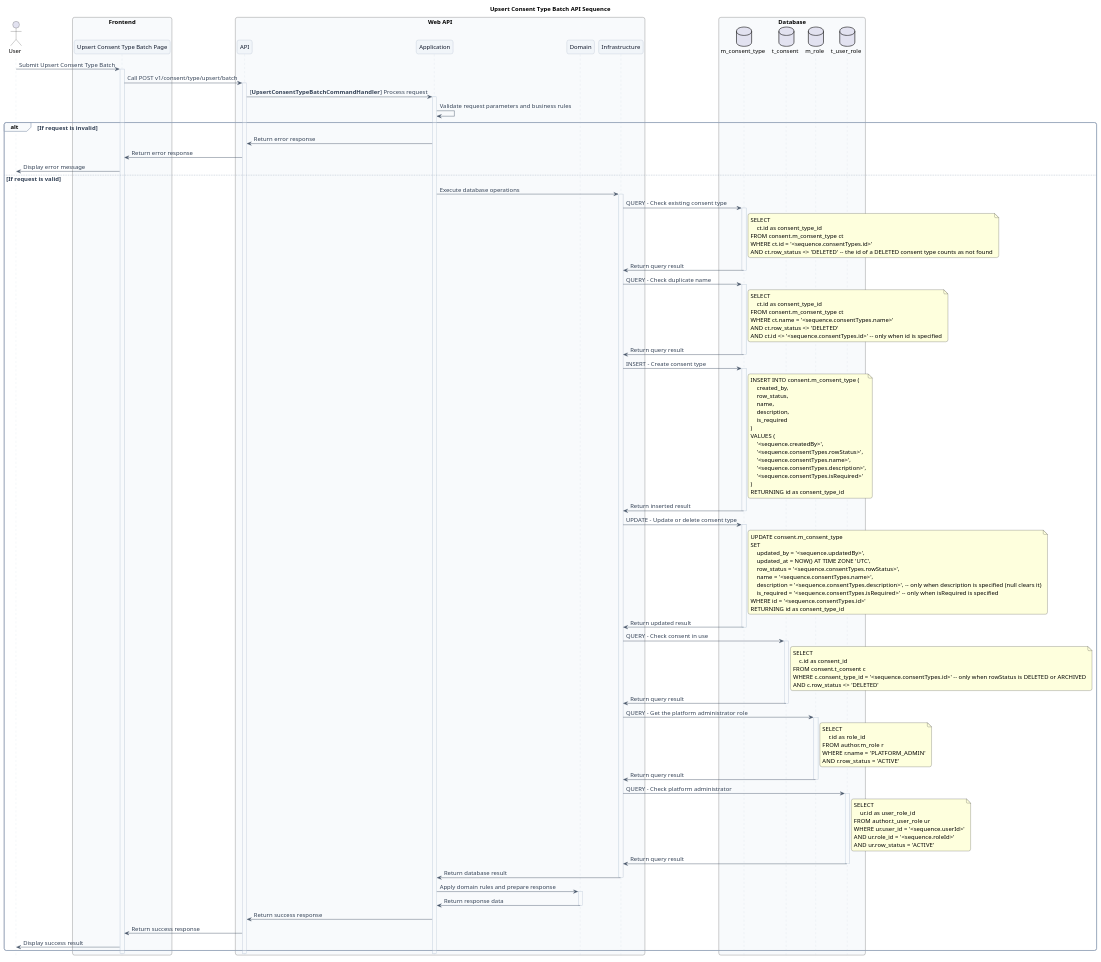
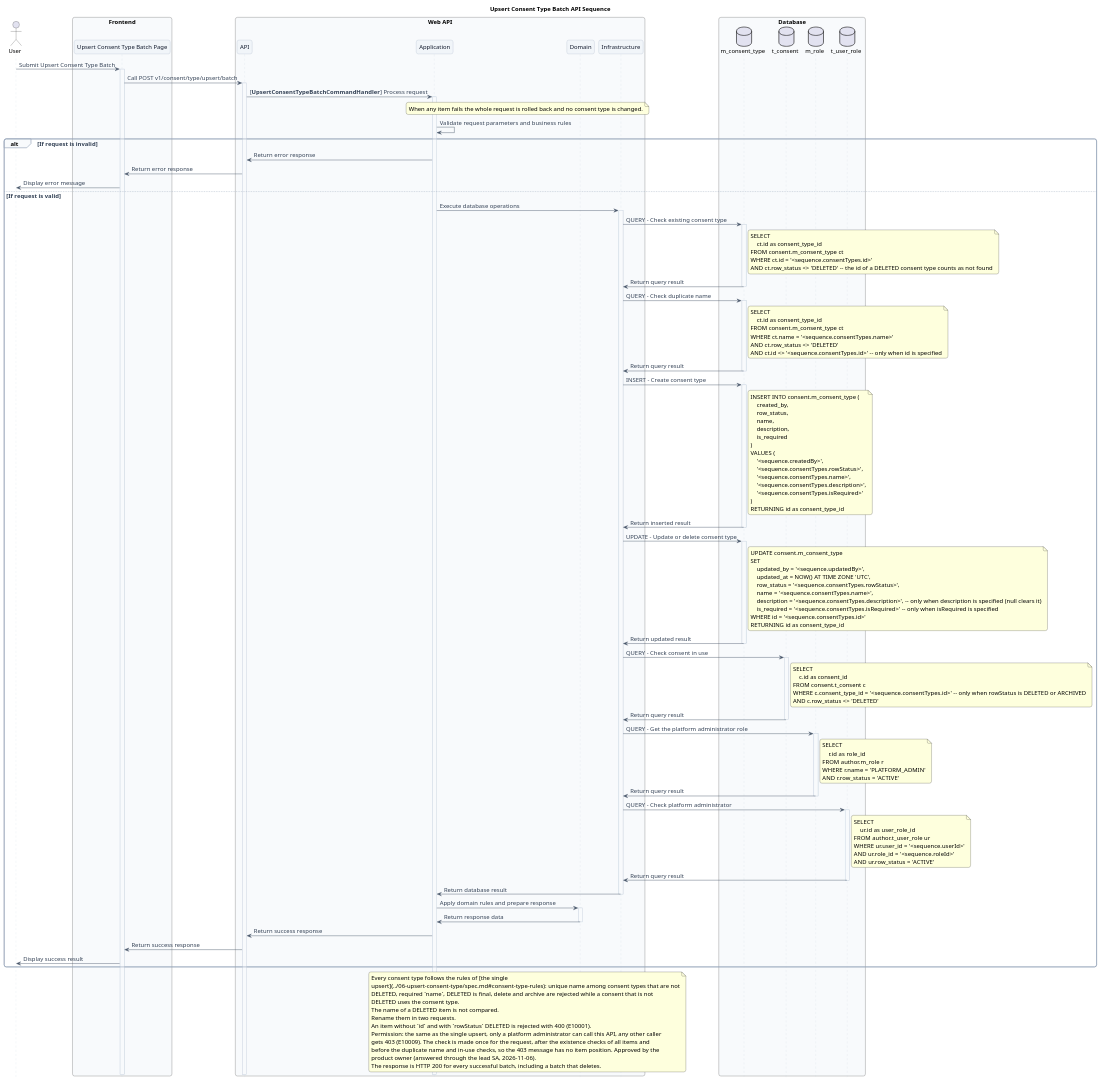
Before and after one commit to ittikornsopawan/system-analysis-and-design: the diagram in e-commerce/doc/api/consent/07-upsert-consent-type-batch/sequence.wsd, drawn with PlantUML. The commit also changed 13 other files, not shown here.

First line of the commit message:
docs(consent): align the consent specs to the API template

```diff
--- a/e-commerce/doc/api/consent/07-upsert-consent-type-batch/sequence.wsd
+++ b/e-commerce/doc/api/consent/07-upsert-consent-type-batch/sequence.wsd
@@ -1,180 +1,197 @@
 @startuml UpsertConsentTypeBatch Sequence
 
 title Upsert Consent Type Batch API Sequence
 
 ' Visual style
 skinparam defaultFontName "Sarabun"
 skinparam defaultFontSize 14
 skinparam backgroundColor #FFFFFF
 skinparam shadowing false
 skinparam roundcorner 10
 skinparam sequence {
     ArrowColor #475569
     ArrowFontColor #334155
     LifeLineBorderColor #CBD5E1
     LifeLineBackgroundColor #F8FAFC
     ParticipantBorderColor #94A3B8
     ParticipantBackgroundColor #F1F5F9
     ParticipantFontColor #0F172A
     GroupBorderColor #94A3B8
     GroupBackgroundColor #F8FAFC
     GroupFontColor #334155
 }
 
 ' Do not show participant footers at the bottom of the diagram
 hide footbox
 
 
 actor "User" as user
 
 box "Frontend" #F8FAFC
     participant "Upsert Consent Type Batch Page" as page
 end box
 
 box "Web API" #F8FAFC
     participant "API" as api
     participant "Application" as app
     participant "Domain" as domain
     participant "Infrastructure" as infra
 end box
 
 box "Database" #F8FAFC
     database "m_consent_type" as m_consent_type
     database "t_consent" as t_consent
     database "m_role" as m_role
     database "t_user_role" as t_user_role
 end box
 
 user -> page: Submit Upsert Consent Type Batch
 
 activate page
     page -> api: Call POST v1/consent/type/upsert/batch
     activate api
         api -> app: [**UpsertConsentTypeBatchCommandHandler**] Process request
         activate app
+            note over app, infra
+                When any item fails the whole request is rolled back and no consent type is changed.
+            end note
             app -> app: Validate request parameters and business rules
             alt If request is invalid
                 app -> api: Return error response
                 api -> page: Return error response
                 page -> user: Display error message
             else If request is valid
                 app -> infra: Execute database operations
                 activate infra
                     infra -> m_consent_type: QUERY - Check existing consent type
                     activate m_consent_type
                         note right of m_consent_type
                             SELECT
                                 ct.id as consent_type_id
                             FROM consent.m_consent_type ct
                             WHERE ct.id = '<sequence.consentTypes.id>'
                             AND ct.row_status <> 'DELETED' -- the id of a DELETED consent type counts as not found
                         end note
                         m_consent_type -> infra: Return query result
                     deactivate m_consent_type
 
                     infra -> m_consent_type: QUERY - Check duplicate name
                     activate m_consent_type
                         note right of m_consent_type
                             SELECT
                                 ct.id as consent_type_id
                             FROM consent.m_consent_type ct
                             WHERE ct.name = '<sequence.consentTypes.name>'
                             AND ct.row_status <> 'DELETED'
                             AND ct.id <> '<sequence.consentTypes.id>' -- only when id is specified
                         end note
                         m_consent_type -> infra: Return query result
                     deactivate m_consent_type
 
                     infra -> m_consent_type: INSERT - Create consent type
                     activate m_consent_type
                         note right of m_consent_type
                             INSERT INTO consent.m_consent_type (
                                 created_by,
                                 row_status,
                                 name,
                                 description,
                                 is_required
                             )
                             VALUES (
                                 &#39;<sequence.createdBy>',
                                 &#39;<sequence.consentTypes.rowStatus>',
                                 &#39;<sequence.consentTypes.name>',
                                 &#39;<sequence.consentTypes.description>',
                                 &#39;<sequence.consentTypes.isRequired>'
                             )
                             RETURNING id as consent_type_id
                         end note
                         m_consent_type -> infra: Return inserted result
                     deactivate m_consent_type
 
                     infra -> m_consent_type: UPDATE - Update or delete consent type
                     activate m_consent_type
                         note right of m_consent_type
                             UPDATE consent.m_consent_type
                             SET
                                 updated_by = '<sequence.updatedBy>',
                                 updated_at = NOW() AT TIME ZONE 'UTC',
                                 row_status = '<sequence.consentTypes.rowStatus>',
                                 name = '<sequence.consentTypes.name>',
                                 description = '<sequence.consentTypes.description>', -- only when description is specified (null clears it)
                                 is_required = '<sequence.consentTypes.isRequired>' -- only when isRequired is specified
                             WHERE id = '<sequence.consentTypes.id>'
                             RETURNING id as consent_type_id
                         end note
                         m_consent_type -> infra: Return updated result
                     deactivate m_consent_type
 
                     infra -> t_consent: QUERY - Check consent in use
                     activate t_consent
                         note right of t_consent
                             SELECT
                                 c.id as consent_id
                             FROM consent.t_consent c
                             WHERE c.consent_type_id = '<sequence.consentTypes.id>' -- only when rowStatus is DELETED or ARCHIVED
                             AND c.row_status <> 'DELETED'
                         end note
                         t_consent -> infra: Return query result
                     deactivate t_consent
 
                     infra -> m_role: QUERY - Get the platform administrator role
                     activate m_role
                         note right of m_role
                             SELECT
                                 r.id as role_id
                             FROM author.m_role r
                             WHERE r.name = 'PLATFORM_ADMIN'
                             AND r.row_status = 'ACTIVE'
                         end note
                         m_role -> infra: Return query result
                     deactivate m_role
 
                     infra -> t_user_role: QUERY - Check platform administrator
                     activate t_user_role
                         note right of t_user_role
                             SELECT
                                 ur.id as user_role_id
                             FROM author.t_user_role ur
                             WHERE ur.user_id = '<sequence.userId>'
                             AND ur.role_id = '<sequence.roleId>'
                             AND ur.row_status = 'ACTIVE'
                         end note
                         t_user_role -> infra: Return query result
                     deactivate t_user_role
 
                     infra -> app: Return database result
                 deactivate infra
 
                 app -> domain: Apply domain rules and prepare response
                 activate domain
                     domain -> app: Return response data
                 deactivate domain
 
                 app -> api: Return success response
                 api -> page: Return success response
                 page -> user: Display success result
             end alt
+        note over app, infra
+            Every consent type follows the rules of [the single
+            upsert](../06-upsert-consent-type/spec.md#consent-type-rules): unique name among consent types that are not
+            DELETED, required `name`, DELETED is final, delete and archive are rejected while a consent that is not
+            DELETED uses the consent type.
+            The name of a DELETED item is not compared.
+            Rename them in two requests.
+            An item without `id` and with `rowStatus` DELETED is rejected with 400 (E10001).
+            Permission: the same as the single upsert, only a platform administrator can call this API, any other caller
+            gets 403 (E10009). The check is made once for the request, after the existence checks of all items and
+            before the duplicate name and in-use checks, so the 403 message has no item position. Approved by the
+            product owner (answered through the lead SA, 2026-11-06).
+            The response is HTTP 200 for every successful batch, including a batch that deletes.
+        end note
         deactivate app
     deactivate api
 deactivate page
 
 @enduml
```
